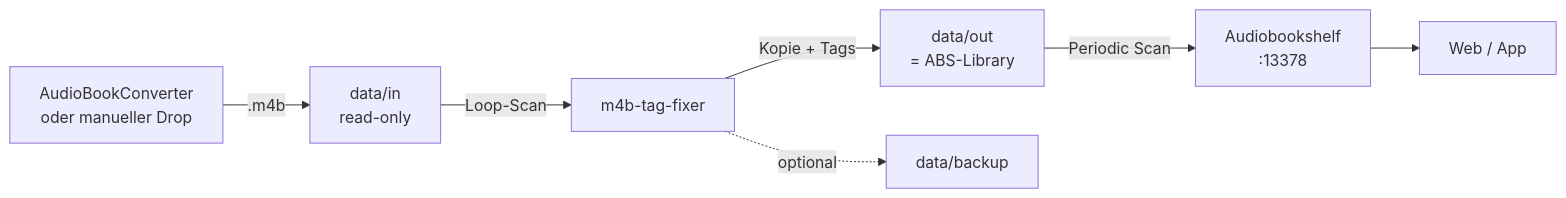
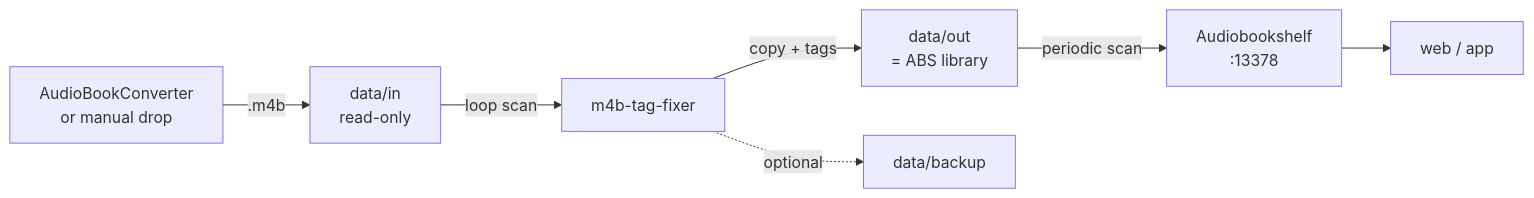
The diagram in examples/abs/README.md (yasuoiwakura/audiobook-tag-rewriter), drawn with Mermaid before and after one commit. The commit also changed other lines of this file and 16 other files, not shown here.

````diff
--- a/examples/abs/README.md
+++ b/examples/abs/README.md
@@ -8,9 +8,9 @@
 ```mermaid
 flowchart LR
-    ABC["AudioBookConverter<br/>oder manueller Drop"] -->|".m4b"| IN["data/in<br/>read-only"]
-    IN -->|"Loop-Scan"| FIX["m4b-tag-fixer"]
-    FIX -->|"Kopie + Tags"| OUT["data/out<br/>= ABS-Library"]
+    ABC["AudioBookConverter<br/>or manual drop"] -->|".m4b"| IN["data/in<br/>read-only"]
+    IN -->|"loop scan"| FIX["m4b-tag-fixer"]
+    FIX -->|"copy + tags"| OUT["data/out<br/>= ABS library"]
     FIX -.->|"optional"| BAK["data/backup"]
-    OUT -->|"Periodic Scan"| ABS["Audiobookshelf<br/>:13378"]
-    ABS --> APP["Web / App"]
+    OUT -->|"periodic scan"| ABS["Audiobookshelf<br/>:13378"]
+    ABS --> APP["web / app"]
 ```
````
